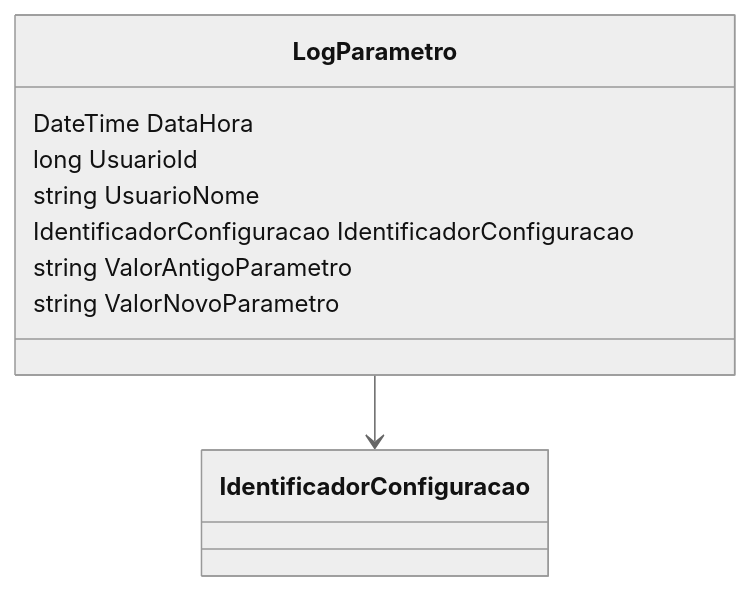
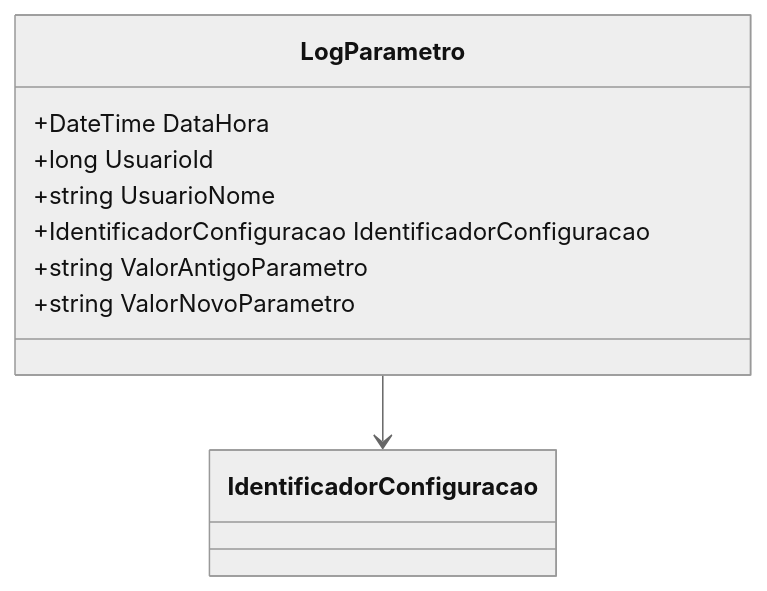
Before and after one commit to IsthmusSistemas/documentacao-tecnica: the diagram in docs/b2b-dominio/IsthmusWinthor.Nucleo/IsthmusWinthor.Dominio/POCO/LogParametro.md, drawn with Mermaid (neutral theme). The commit also changed other lines of this file and 882 other files, not shown here.

````diff
--- a/docs/b2b-dominio/IsthmusWinthor.Nucleo/IsthmusWinthor.Dominio/POCO/LogParametro.md
+++ b/docs/b2b-dominio/IsthmusWinthor.Nucleo/IsthmusWinthor.Dominio/POCO/LogParametro.md
@@ -9,15 +14,12 @@
 ```mermaid
 classDiagram
     class LogParametro {
-        DateTime DataHora
-        long UsuarioId
-        string UsuarioNome
-        IdentificadorConfiguracao IdentificadorConfiguracao
-        string ValorAntigoParametro
-        string ValorNovoParametro
+        +DateTime DataHora
+        +long UsuarioId
+        +string UsuarioNome
+        +IdentificadorConfiguracao IdentificadorConfiguracao
+        +string ValorAntigoParametro
+        +string ValorNovoParametro
     }
-    class IdentificadorConfiguracao {
-    }
-    
     LogParametro --> IdentificadorConfiguracao
 ```
````
